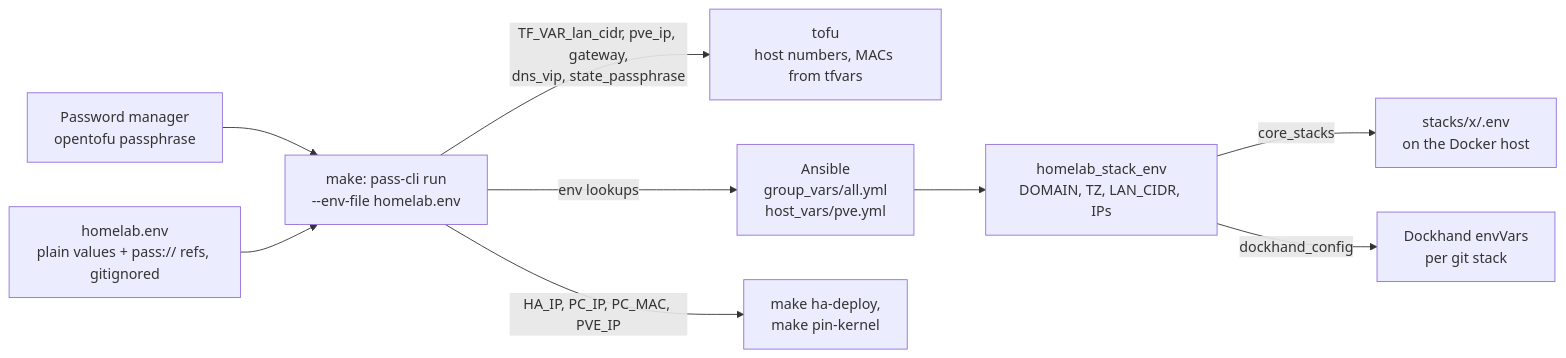
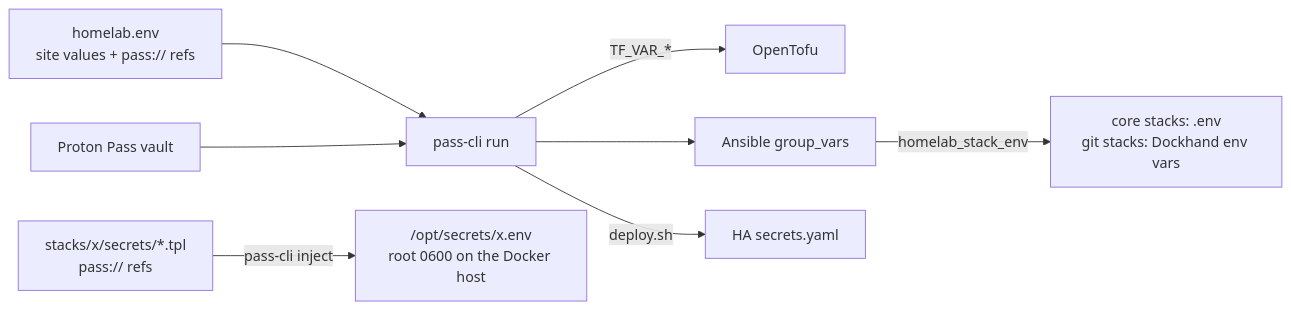
The second of 4 diagrams in docs/architecture.md (atahan99/proxmox-infra-iac), drawn with Mermaid before and after one commit. The commit also changed other lines of this file and 17 other files, not shown here.

````diff
--- a/docs/architecture.md
+++ b/docs/architecture.md
@@ -109,11 +97,10 @@
 ```mermaid
 flowchart LR
-  PP["Password manager<br/>opentofu passphrase"] --> RUN
-  ENV["homelab.env<br/>plain values + pass:// refs, gitignored"] --> RUN["make: pass-cli run<br/>--env-file homelab.env"]
-  RUN -- "TF_VAR_lan_cidr, pve_ip, gateway,<br/>dns_vip, state_passphrase" --> TF["tofu<br/>host numbers, MACs from tfvars"]
-  RUN -- "env lookups" --> GV["Ansible<br/>group_vars/all.yml<br/>host_vars/pve.yml"]
-  GV --> SE["homelab_stack_env<br/>DOMAIN, TZ, LAN_CIDR, IPs"]
-  SE -- "core_stacks" --> DOT["stacks/x/.env<br/>on the Docker host"]
-  SE -- "dockhand_config" --> DV["Dockhand envVars<br/>per git stack"]
-  RUN -- "HA_IP, PC_IP, PC_MAC, PVE_IP" --> SH["make ha-deploy,<br/>make pin-kernel"]
+  ENV["homelab.env<br/>site values + pass:// refs"] --> RUN["pass-cli run"]
+  PP["Proton Pass vault"] --> RUN
+  RUN -- "TF_VAR_*" --> TF["OpenTofu"]
+  RUN --> GV["Ansible group_vars"]
+  GV -- "homelab_stack_env" --> DOT["core stacks: .env<br/>git stacks: Dockhand env vars"]
+  TPL["stacks/x/secrets/*.tpl<br/>pass:// refs"] -- "pass-cli inject" --> SEC["/opt/secrets/x.env<br/>root 0600 on the Docker host"]
+  RUN -- "deploy.sh" --> HA["HA secrets.yaml"]
 ```
````
